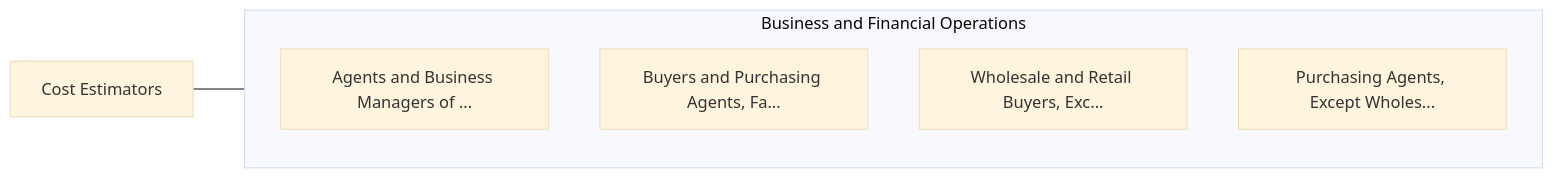
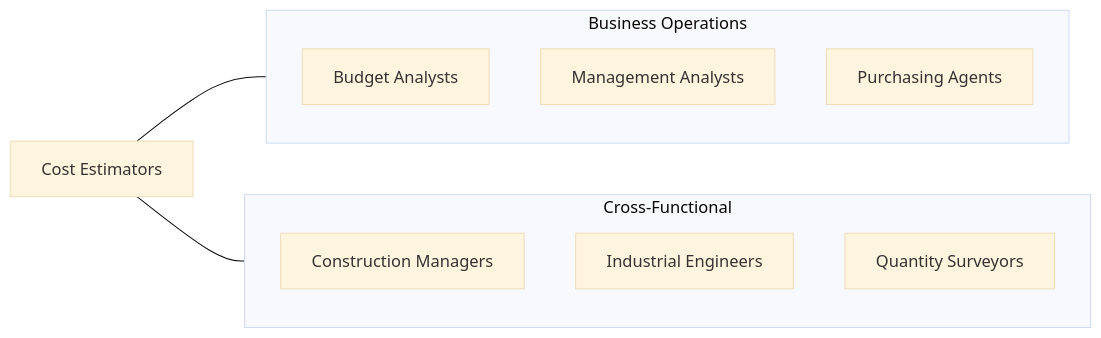
Before and after one commit to kziemski/business.org.ai: the fourth of 4 diagrams in occupations/Business/CostEstimators.mdx, drawn with Mermaid (base theme). The commit also changed other lines of this file and 938 other files, not shown here.

````diff
--- a/occupations/Business/CostEstimators.mdx
+++ b/occupations/Business/CostEstimators.mdx
@@ -114,13 +181,19 @@
 ```mermaid
 graph LR
-    Current["Cost Estimators"]
+    CE["Cost Estimators"]
 
-    subgraph SameCategory["Business and Financial Operations"]
-        AgentsAndBusinessMan["Agents and Business Managers of ..."]
-        BuyersAndPurchasingA["Buyers and Purchasing Agents, Fa..."]
-        WholesaleAndRetailBu["Wholesale and Retail Buyers, Exc..."]
-        PurchasingAgentsExce["Purchasing Agents, Except Wholes..."]
+    subgraph SameCategory["Business Operations"]
+        BA["Budget Analysts"]
+        MA["Management Analysts"]
+        PA["Purchasing Agents"]
     end
 
-    Current --- SameCategory
+    subgraph CrossFunctional["Cross-Functional"]
+        CM["Construction Managers"]
+        IE["Industrial Engineers"]
+        QS["Quantity Surveyors"]
+    end
+
+    CE --- SameCategory
+    CE --- CrossFunctional
 ```
````
